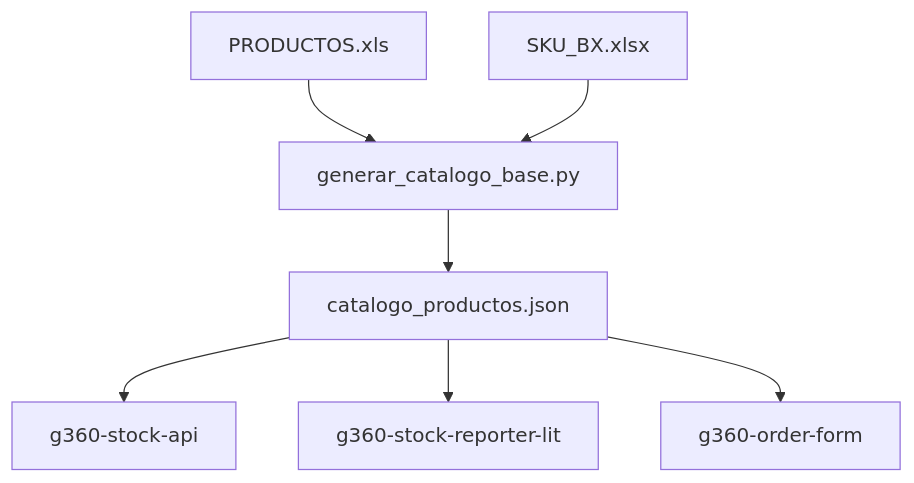
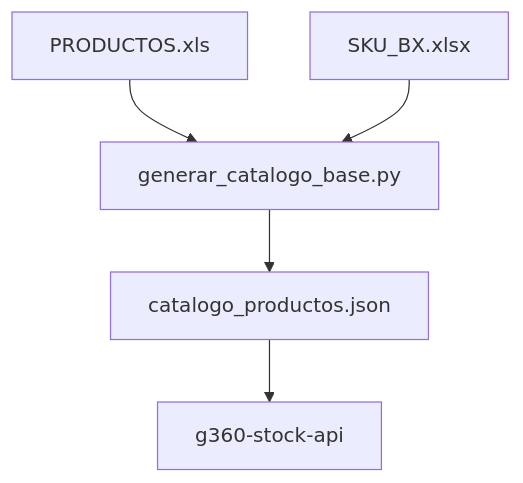
One commit to carloscus/g360-master-data changed the diagram in README.md. Above: the diagram before and after it, drawn with Mermaid. The commit also changed 2 other files, not shown here.

Commit message:
feat: copy catalogo to g360-stock-api data/catalog_cache.json + update README flow

````diff
--- a/README.md
+++ b/README.md
@@ -10,9 +10,7 @@
 ```mermaid
 flowchart TD
     A[PRODUCTOS.xls] --> B[generar_catalogo_base.py]
     C[SKU_BX.xlsx] --> B
     B --> D[catalogo_productos.json]
     D --> E[g360-stock-api]
-    D --> F[g360-stock-reporter-lit]
-    D --> G[g360-order-form]
 ```
````
